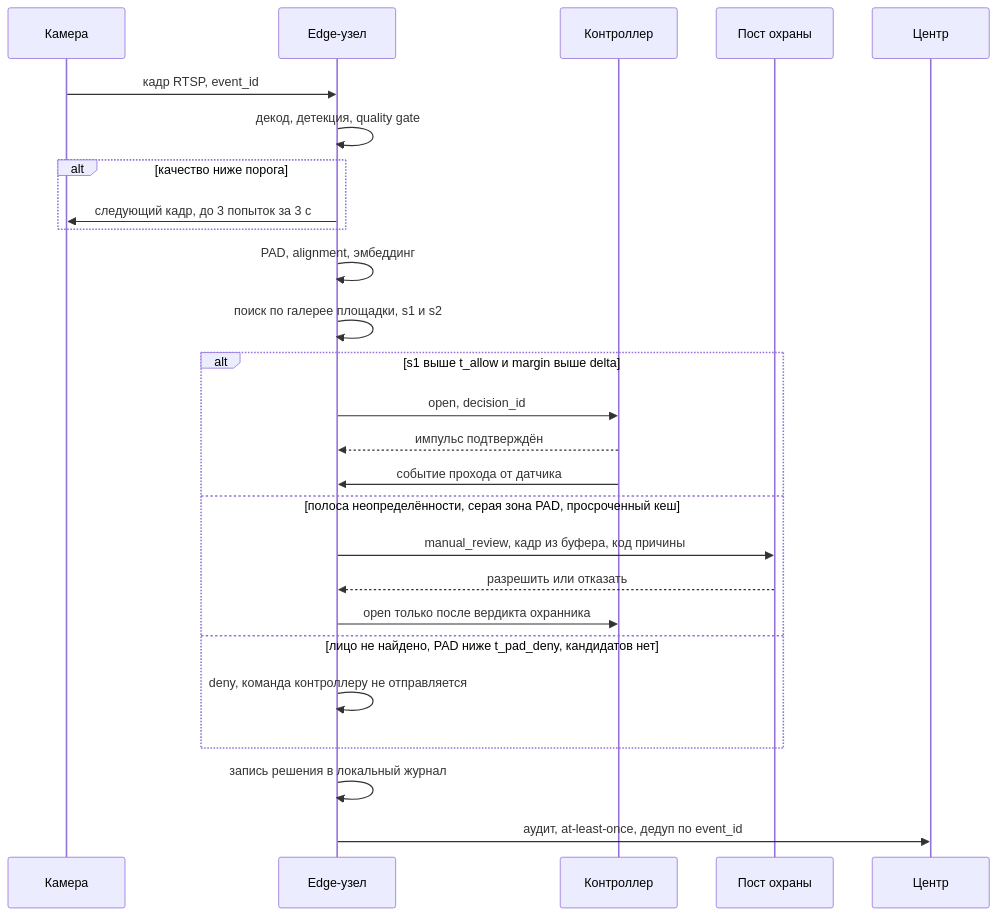
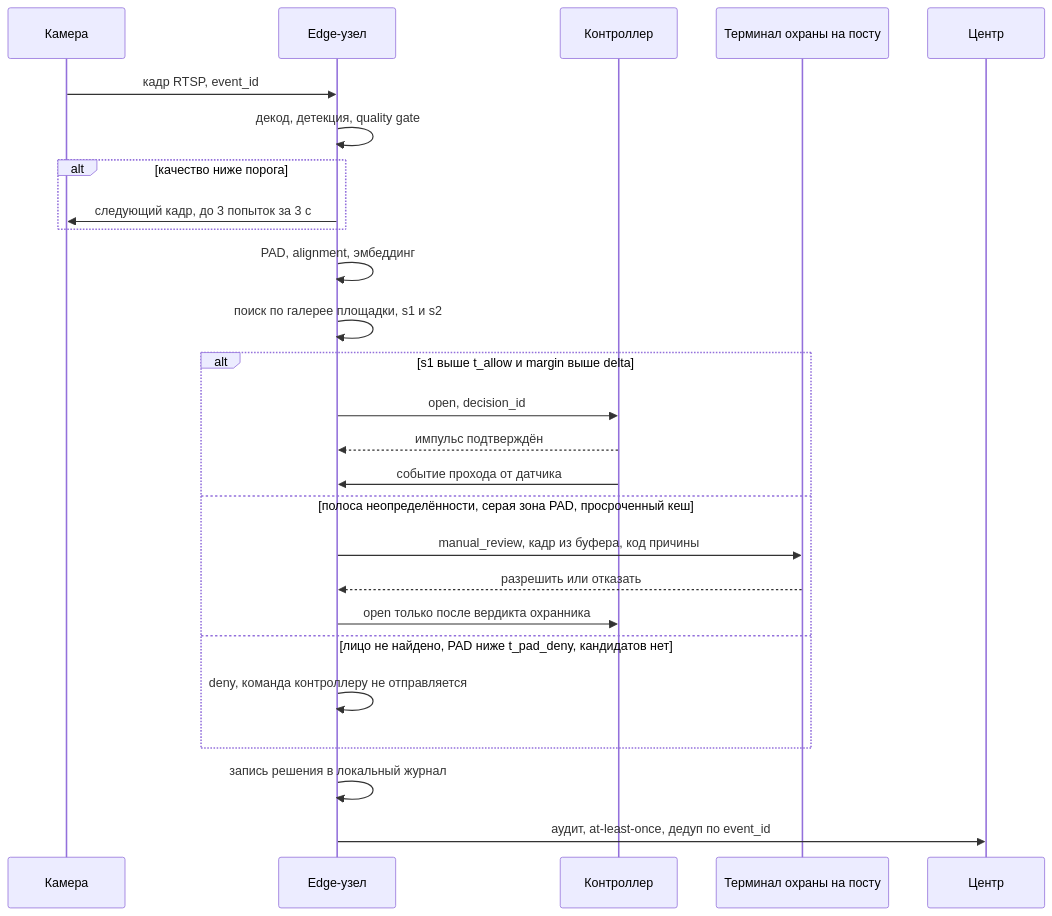
The second of 2 diagrams in docs/architecture.md (ne-olya/facegate-system-design), drawn with Mermaid before and after one commit. The commit also changed other lines of this file and 2 other files, not shown here.

Commit message:
docs: коды причин из policy.py, два SLO вместо одного, терминал охраны на проходной

````diff
--- a/docs/architecture.md
+++ b/docs/architecture.md
@@ -69,29 +73,29 @@
 ```mermaid
 sequenceDiagram
     participant CAM as Камера
     participant EDG as Edge-узел
     participant CTL as Контроллер
-    participant SEC as Пост охраны
+    participant GRD as Терминал охраны на посту
     participant CORE as Центр
 
     CAM->>EDG: кадр RTSP, event_id
     EDG->>EDG: декод, детекция, quality gate
     alt качество ниже порога
         EDG->>CAM: следующий кадр, до 3 попыток за 3 с
     end
     EDG->>EDG: PAD, alignment, эмбеддинг
     EDG->>EDG: поиск по галерее площадки, s1 и s2
     alt s1 выше t_allow и margin выше delta
         EDG->>CTL: open, decision_id
         CTL-->>EDG: импульс подтверждён
         CTL->>EDG: событие прохода от датчика
     else полоса неопределённости, серая зона PAD, просроченный кеш
-        EDG->>SEC: manual_review, кадр из буфера, код причины
-        SEC-->>EDG: разрешить или отказать
+        EDG->>GRD: manual_review, кадр из буфера, код причины
+        GRD-->>EDG: разрешить или отказать
         EDG->>CTL: open только после вердикта охранника
     else лицо не найдено, PAD ниже t_pad_deny, кандидатов нет
         EDG->>EDG: deny, команда контроллеру не отправляется
     end
     EDG->>EDG: запись решения в локальный журнал
     EDG->>CORE: аудит, at-least-once, дедуп по event_id
 ```
````
